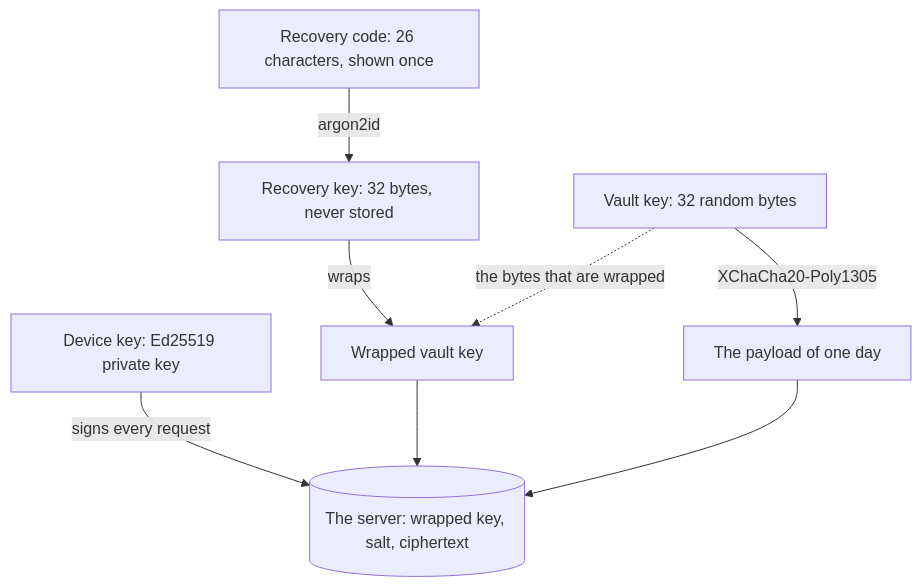
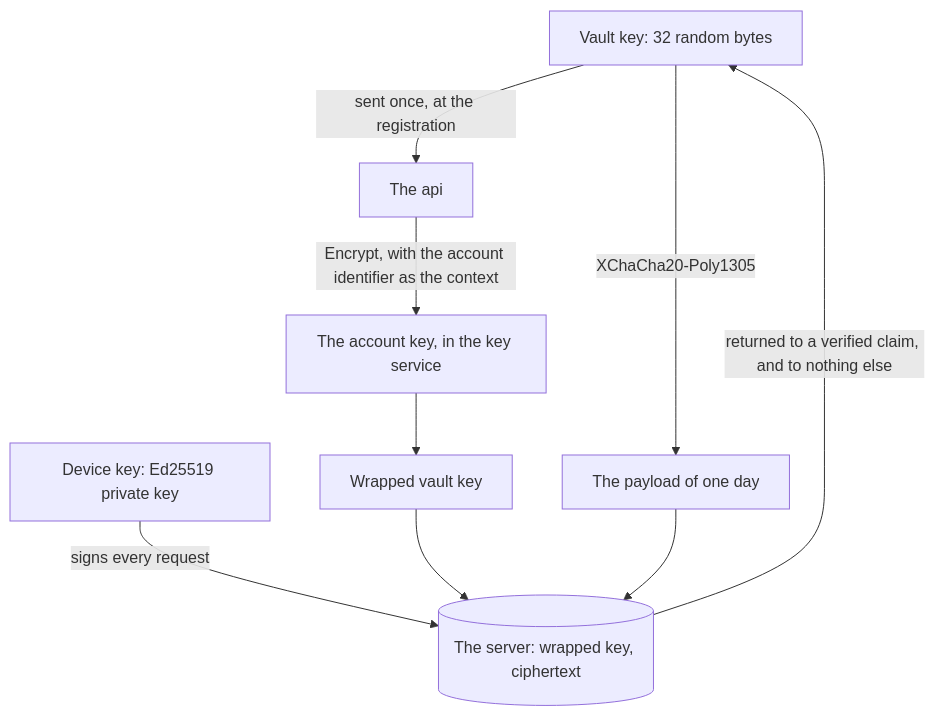
One commit to atlantic-blue/emi changed the diagram in docs/privacy.md. Above: the diagram before and after it, drawn with Mermaid. The commit also changed other lines of this file and 13 other files, not shown here.

````diff
--- a/docs/privacy.md
+++ b/docs/privacy.md
@@ -48,10 +56,11 @@
 ```mermaid
 flowchart TD
-  CODE["Recovery code: 26 characters, shown once"] -->|"argon2id"| RKEY["Recovery key: 32 bytes, never stored"]
-  RKEY -->|"wraps"| WRAP["Wrapped vault key"]
-  VKEY["Vault key: 32 random bytes"] -.->|"the bytes that are wrapped"| WRAP
-  VKEY -->|"XChaCha20-Poly1305"| PAY["The payload of one day"]
+  VKEY["Vault key: 32 random bytes"] -->|"XChaCha20-Poly1305"| PAY["The payload of one day"]
+  VKEY -->|"sent once, at the registration"| API["The api"]
+  API -->|"Encrypt, with the account identifier as the context"| AKEY["The account key, in the key service"]
+  AKEY --> WRAP["Wrapped vault key"]
   DKEY["Device key: Ed25519 private key"] -->|"signs every request"| SRV
-  WRAP --> SRV[("The server: wrapped key, salt, ciphertext")]
+  WRAP --> SRV[("The server: wrapped key, ciphertext")]
   PAY --> SRV
+  SRV -->|"returned to a verified claim, and to nothing else"| VKEY
 ```
````
